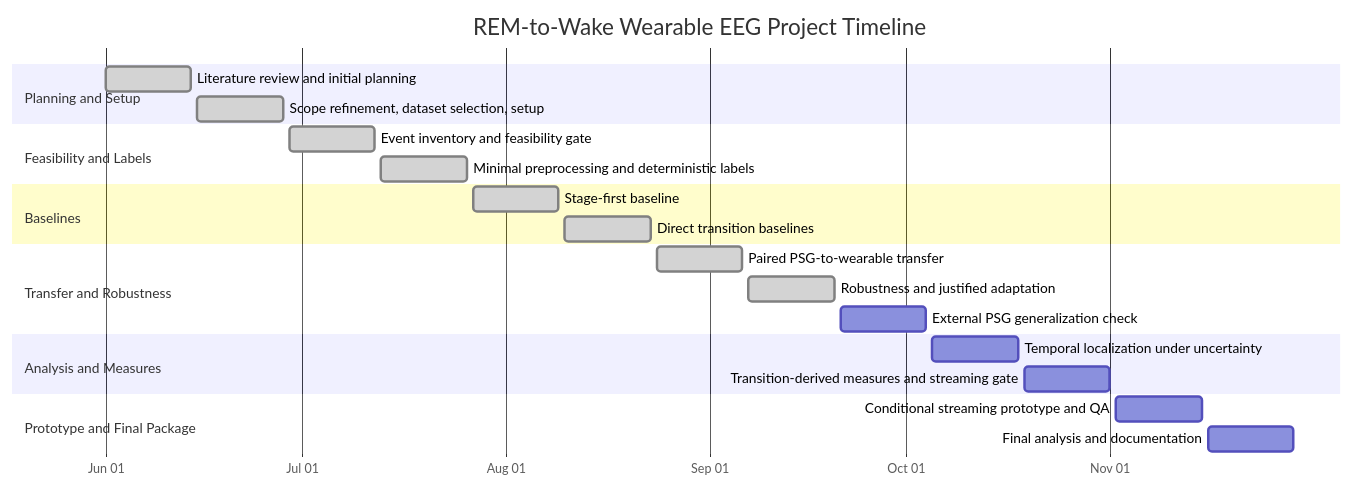
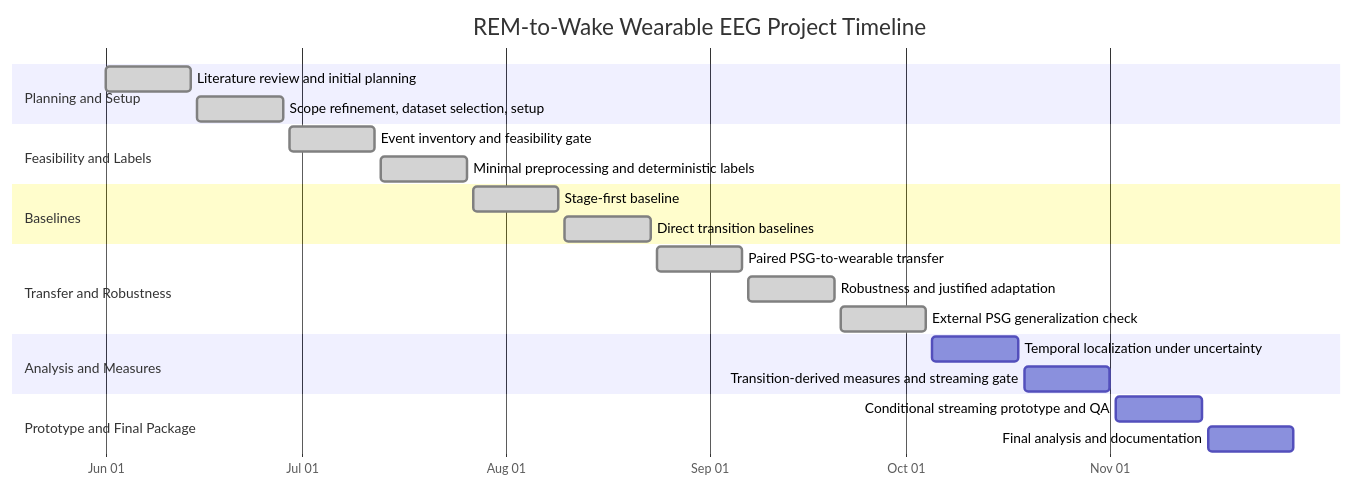
The first of 2 diagrams in docs/planning/overall_project_timeline.md (dgurve09/REM_Wake), drawn with Mermaid before and after one commit. The commit also changed other lines of this file and 17 other files, not shown here.

````diff
--- a/docs/planning/overall_project_timeline.md
+++ b/docs/planning/overall_project_timeline.md
@@ -17,31 +17,31 @@
 ```mermaid
 gantt
     title REM-to-Wake Wearable EEG Project Timeline
     dateFormat  YYYY-MM-DD
     axisFormat  %b %d
 
     section Planning and Setup
     Literature review and initial planning           :done, b1, 2026-06-01, 2026-06-14
     Scope refinement, dataset selection, setup       :done, b2, 2026-06-15, 2026-06-28
 
     section Feasibility and Labels
     Event inventory and feasibility gate             :done, b3, 2026-06-29, 2026-07-12
     Minimal preprocessing and deterministic labels   :done, b4, 2026-07-13, 2026-07-26
 
     section Baselines
     Stage-first baseline                             :done, b5, 2026-07-27, 2026-08-09
     Direct transition baselines                      :done, b6, 2026-08-10, 2026-08-23
 
     section Transfer and Robustness
     Paired PSG-to-wearable transfer                  :done, b7, 2026-08-24, 2026-09-06
     Robustness and justified adaptation              :done, b8, 2026-09-07, 2026-09-20
-    External PSG generalization check                :b9, 2026-09-21, 2026-10-04
+    External PSG generalization check                :done, b9, 2026-09-21, 2026-10-04
 
     section Analysis and Measures
     Temporal localization under uncertainty          :b10, 2026-10-05, 2026-10-18
     Transition-derived measures and streaming gate   :b11, 2026-10-19, 2026-11-01
 
     section Prototype and Final Package
     Conditional streaming prototype and QA           :b12, 2026-11-02, 2026-11-15
     Final analysis and documentation                 :b13, 2026-11-16, 2026-11-29
 ```
````
